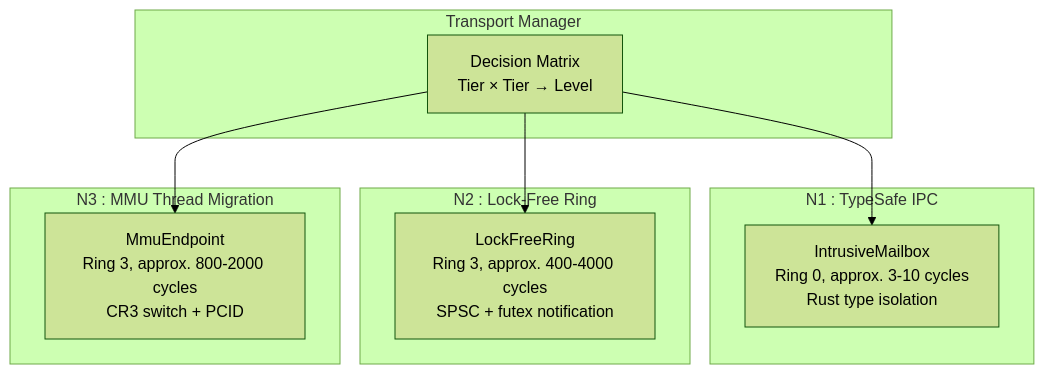
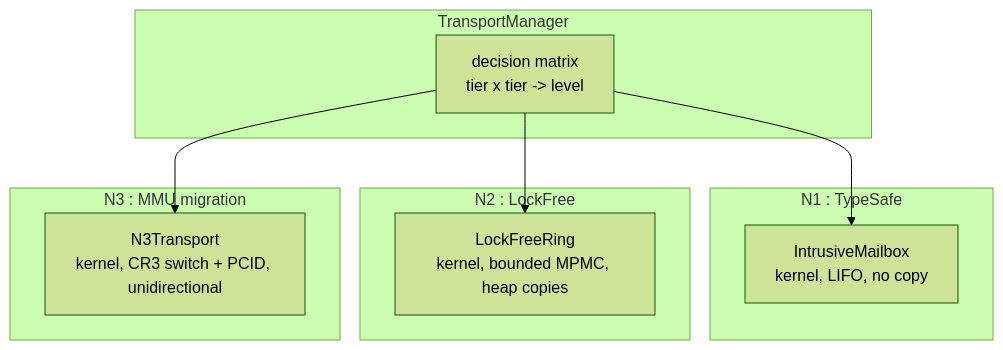
The diagram in docs-site/src/ipc-mechanisms.md (ggielly/strat9-os), drawn with Mermaid (forest theme) before and after one commit. The commit also changed other lines of this file and 70 other files, not shown here.

````diff
--- a/docs-site/src/ipc-mechanisms.md
+++ b/docs-site/src/ipc-mechanisms.md
@@ -9,22 +11,22 @@
 ```mermaid
 graph TB
-    subgraph "Transport Manager"
-        TM[Decision Matrix<br/>Tier × Tier → Level]
+    subgraph "TransportManager"
+        TM[decision matrix<br/>tier x tier -&gt; level]
     end
 
-    subgraph "N1 : TypeSafe IPC"
-        N1[IntrusiveMailbox<br/>Ring 0, approx. 3-10 cycles<br/>Rust type isolation]
+    subgraph "N1 : TypeSafe"
+        N1[IntrusiveMailbox<br/>kernel, LIFO, no copy]
     end
 
-    subgraph "N2 : Lock-Free Ring"
-        N2[LockFreeRing<br/>Ring 3, approx. 400-4000 cycles<br/>SPSC + futex notification]
+    subgraph "N2 : LockFree"
+        N2[LockFreeRing<br/>kernel, bounded MPMC, heap copies]
     end
 
-    subgraph "N3 : MMU Thread Migration"
-        N3[MmuEndpoint<br/>Ring 3, approx. 800-2000 cycles<br/>CR3 switch + PCID]
+    subgraph "N3 : MMU migration"
+        N3[N3Transport<br/>kernel, CR3 switch + PCID, unidirectional]
     end
 
     TM --> N1
     TM --> N2
     TM --> N3
 ```
````
